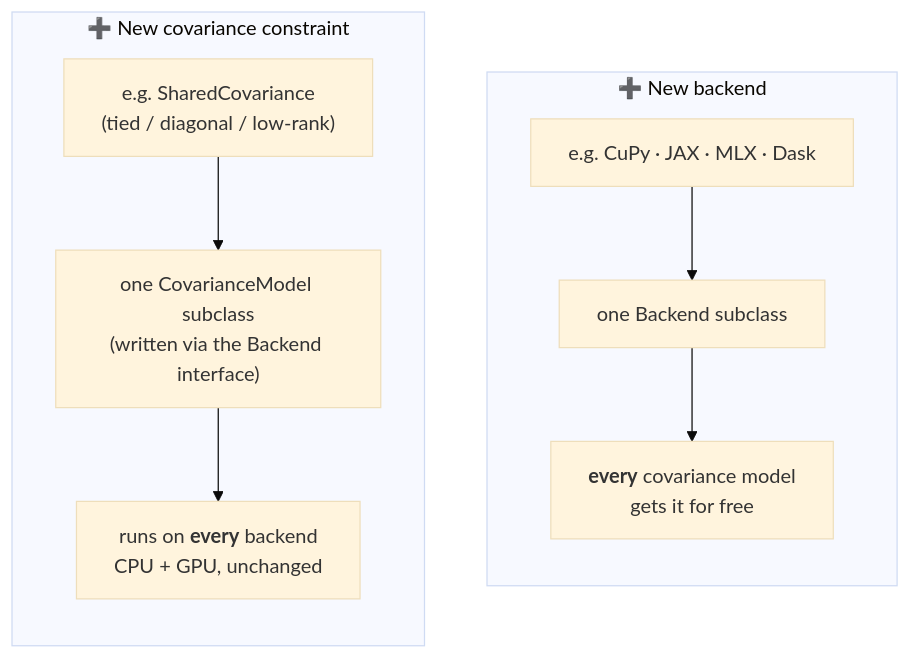
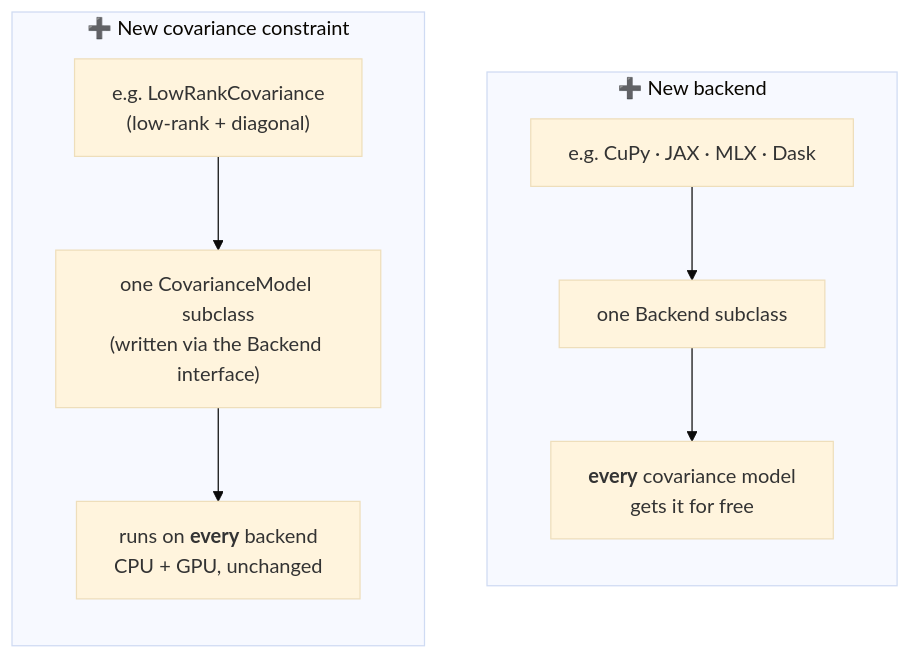
One commit to tomoya-san/ssl-gmmvc changed the second of 2 diagrams in README.md. Above: the diagram before and after it, drawn with Mermaid (base theme). The commit also changed other lines of this file and 3 other files, not shown here.

Commit message:
Added shared covariance matrix setting in GMM.

````diff
--- a/README.md
+++ b/README.md
@@ -100,18 +104,18 @@
 ```mermaid
 flowchart LR
     subgraph A["➕ New covariance constraint"]
         direction TB
-        a1["e.g. SharedCovariance<br/>(tied / diagonal / low-rank)"]
+        a1["e.g. LowRankCovariance<br/>(low-rank + diagonal)"]
         a2["one CovarianceModel subclass<br/>(written via the Backend interface)"]
         a3["runs on <b>every</b> backend<br/>CPU + GPU, unchanged"]
         a1 --> a2 --> a3
     end
     subgraph B["➕ New backend"]
         direction TB
         b1["e.g. CuPy · JAX · MLX · Dask"]
         b2["one Backend subclass"]
         b3["<b>every</b> covariance model<br/>gets it for free"]
         b1 --> b2 --> b3
     end
     A ~~~ B
 ```
````
